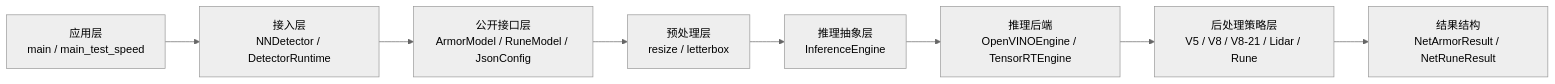
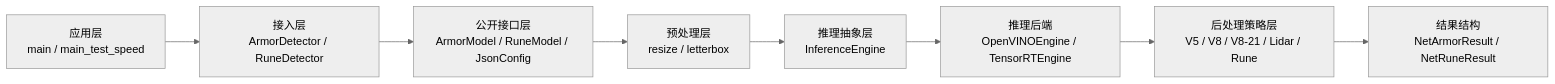
The second of 3 diagrams in README.md (SZURPVision/26_NNDeployment_Lib_and_Detection_Models), drawn with Mermaid (neutral theme) before and after one commit. The commit also changed other lines of this file and 17 other files, not shown here.

````diff
--- a/README.md
+++ b/README.md
@@ -363,13 +423,13 @@
 ```mermaid
 flowchart LR
     A[应用层<br/>main / main_test_speed]
-    B[接入层<br/>NNDetector / DetectorRuntime]
+    B[接入层<br/>ArmorDetector / RuneDetector]
     C[公开接口层<br/>ArmorModel / RuneModel / JsonConfig]
     D[预处理层<br/>resize / letterbox]
     E[推理抽象层<br/>InferenceEngine]
     F[推理后端<br/>OpenVINOEngine / TensorRTEngine]
     G[后处理策略层<br/>V5 / V8 / V8-21 / Lidar / Rune]
     H[结果结构<br/>NetArmorResult / NetRuneResult]
 
     A --> B --> C --> D --> E --> F --> G --> H
 ```
````
